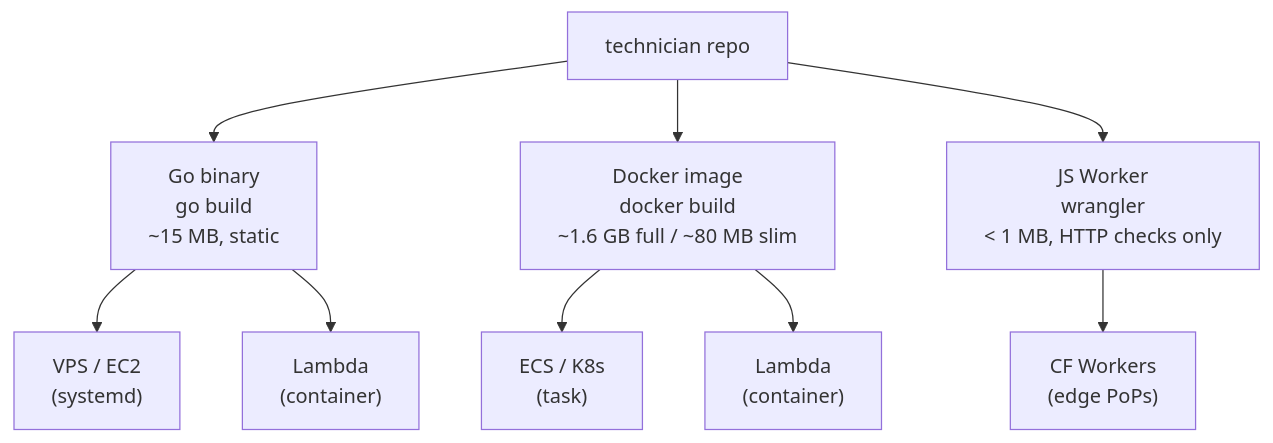
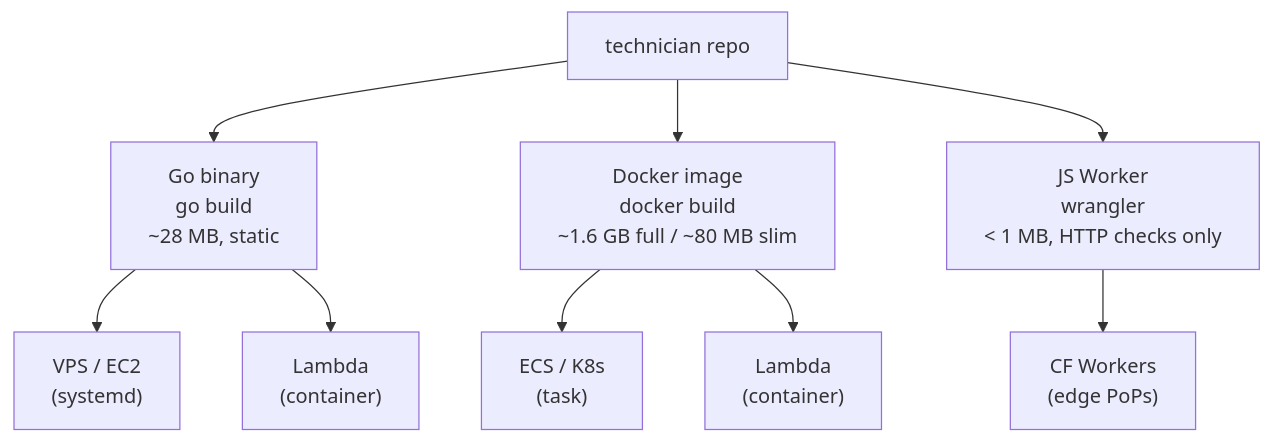
One commit to jesseheady/technician changed the second of 3 diagrams in docs/deployment-sizing.md. Above: the diagram before and after it, drawn with Mermaid. The commit also changed other lines of this file and 30 other files, not shown here.

````diff
--- a/docs/deployment-sizing.md
+++ b/docs/deployment-sizing.md
@@ -171,12 +171,12 @@
 ```mermaid
 graph TD
-    R["technician repo"] --> B["Go binary<br/>go build<br/>~15 MB, static"]
+    R["technician repo"] --> B["Go binary<br/>go build<br/>~28 MB, static"]
     R --> D["Docker image<br/>docker build<br/>~1.6 GB full / ~80 MB slim"]
     R --> J["JS Worker<br/>wrangler<br/>< 1 MB, HTTP checks only"]
 
     B --> VPS["VPS / EC2<br/>(systemd)"]
     B --> LAM1["Lambda<br/>(container)"]
     D --> ECS["ECS / K8s<br/>(task)"]
     D --> LAM2["Lambda<br/>(container)"]
     J --> CF["CF Workers<br/>(edge PoPs)"]
 ```
````
